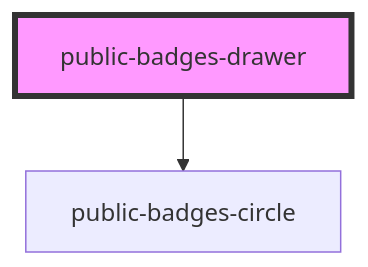
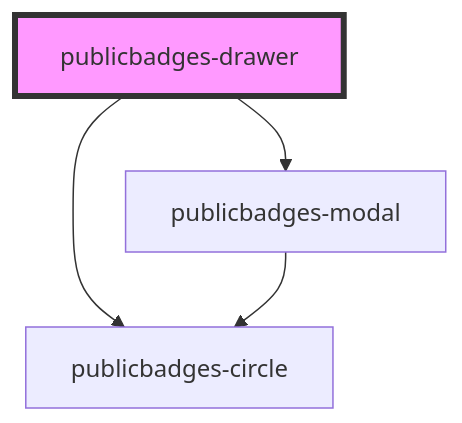
One commit to OffCourse/public-badges changed the diagram in packages/public-badges-drawer/src/components/public-badges-drawer/readme.md. Above: the diagram before and after it, drawn with Mermaid. The commit also changed other lines of this file and 13 other files, not shown here.

````diff
--- a/packages/public-badges-drawer/src/components/public-badges-drawer/readme.md
+++ b/packages/public-badges-drawer/src/components/public-badges-drawer/readme.md
@@ -24,5 +24,7 @@
 ```mermaid
 graph TD;
-  public-badges-drawer --> public-badges-circle
-  style public-badges-drawer fill:#f9f,stroke:#333,stroke-width:4px
+  publicbadges-drawer --> publicbadges-circle
+  publicbadges-drawer --> publicbadges-modal
+  publicbadges-modal --> publicbadges-circle
+  style publicbadges-drawer fill:#f9f,stroke:#333,stroke-width:4px
 ```
````
